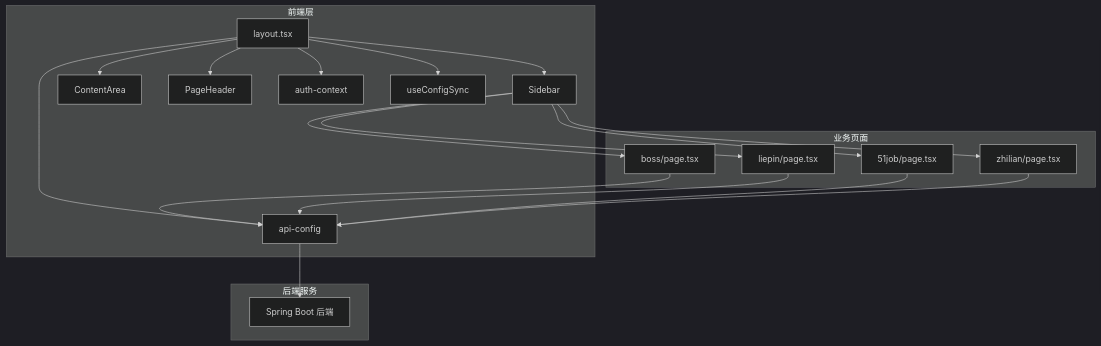
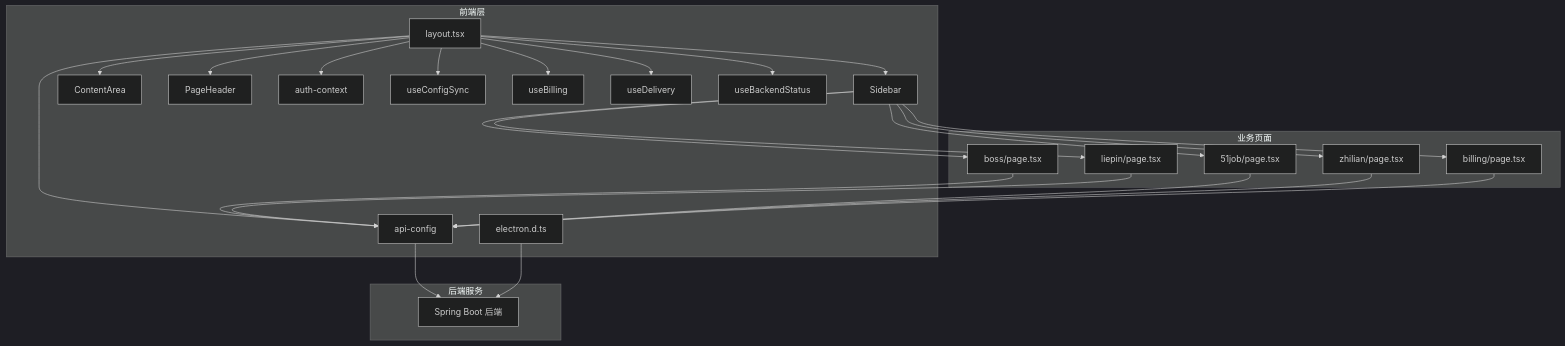
Before and after one commit to xulingfeng931027/get_jobs: the second of 14 diagrams in .qoder/repowiki/zh/content/前端应用.md, drawn with Mermaid (dark theme). The commit also changed other lines of this file and 74 other files, not shown here.

````diff
--- a/.qoder/repowiki/zh/content/前端应用.md
+++ b/.qoder/repowiki/zh/content/前端应用.md
@@ -93,36 +120,47 @@
 ```mermaid
 graph TB
 subgraph "前端层"
 L["layout.tsx"]
 S["Sidebar"]
 CA["ContentArea"]
 PH["PageHeader"]
 AC["auth-context"]
 API["api-config"]
 CS["useConfigSync"]
+BL["useBilling"]
+DL["useDelivery"]
+BS["useBackendStatus"]
+ED["electron.d.ts"]
 end
 subgraph "业务页面"
 BOSS["boss/page.tsx"]
 LP["liepin/page.tsx"]
 JOB51["51job/page.tsx"]
 ZL["zhilian/page.tsx"]
+BILL["billing/page.tsx"]
 end
 subgraph "后端服务"
 BE["Spring Boot 后端"]
 end
 L --> S
 L --> CA
 L --> PH
 L --> AC
 L --> API
 L --> CS
+L --> BL
+L --> DL
+L --> BS
 S --> BOSS
 S --> LP
 S --> JOB51
 S --> ZL
+S --> BILL
 BOSS --> API
 LP --> API
 JOB51 --> API
 ZL --> API
+BILL --> API
 API --> BE
+ED --> BE
 ```
````
